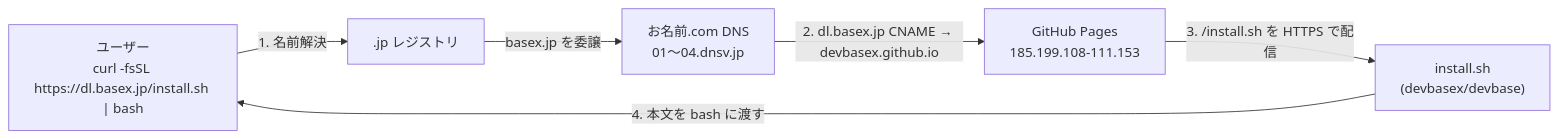
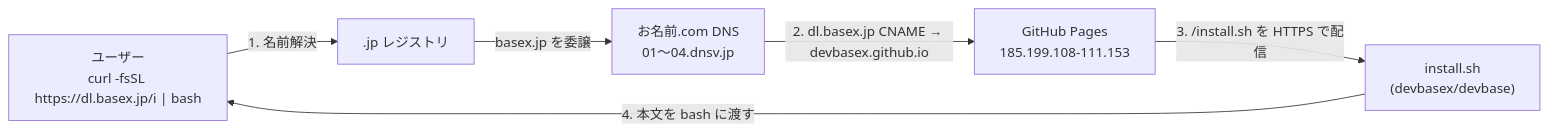
One commit to devbasex/devbase changed the first of 3 diagrams in docs/developer/installer-hosting.md. Above: the diagram before and after it, drawn with Mermaid. The commit also changed other lines of this file and 6 other files, not shown here.

````diff
--- a/docs/developer/installer-hosting.md
+++ b/docs/developer/installer-hosting.md
@@ -40,14 +41,14 @@
 ```mermaid
 flowchart LR
-    U["ユーザー<br/>curl -fsSL https://dl.basex.jp/install.sh | bash"]
+    U["ユーザー<br/>curl -fsSL https://dl.basex.jp/i | bash"]
     R[".jp レジストリ"]
     O["お名前.com DNS<br/>01〜04.dnsv.jp"]
     GP["GitHub Pages<br/>185.199.108-111.153"]
     F["install.sh<br/>(devbasex/devbase)"]
 
     U -->|"1. 名前解決"| R
     R -->|"basex.jp を委譲"| O
     O -->|"2. dl.basex.jp CNAME → devbasex.github.io"| GP
     GP -->|"3. /install.sh を HTTPS で配信"| F
     F -->|"4. 本文を bash に渡す"| U
 ```
````
